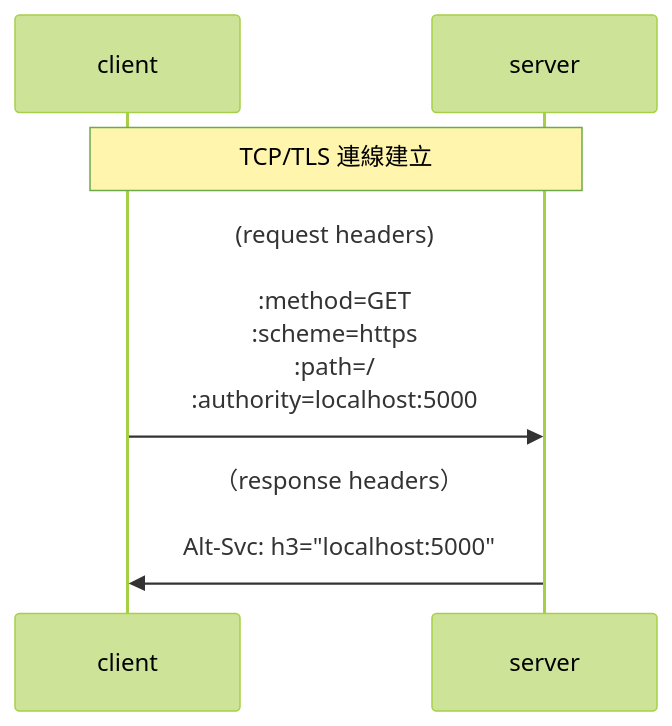
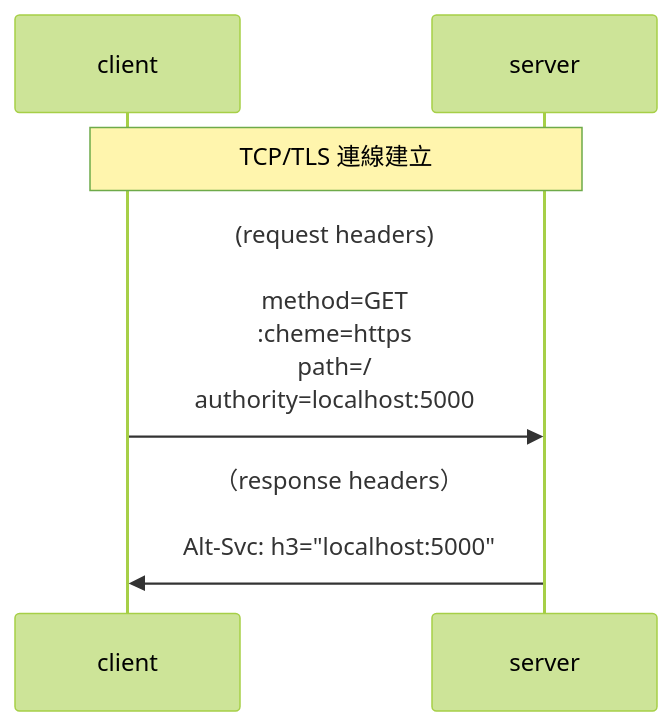
Before and after one commit to samuel871211/yusheng-tech-blog: the second of 4 diagrams in docs/http/http-2-raw-bytes-3.md, drawn with Mermaid (forest theme). The commit also changed other lines of this file, not shown here.

````diff
--- a/docs/http/http-2-raw-bytes-3.md
+++ b/docs/http/http-2-raw-bytes-3.md
@@ -209,10 +209,10 @@
 ```mermaid
 sequenceDiagram
   participant c as client
   participant s as server
 
   Note over c,s: TCP/TLS 連線建立
 
-  c ->> s: (request headers)<br/><br/>:method=GET<br/>:scheme=https<br/>:path=/<br/>:authority=localhost:5000
-  s ->> c: （response headers）<br/><br/>Alt-Svc: h3="localhost:5000"
+  c ->> s: (request headers)<br/><br/>method=GET<br/>:cheme=https<br/>path=/<br/>authority=localhost:5000
+  s ->> c:（response headers）<br/><br/>Alt-Svc: h3="localhost:5000"
 ```
````
